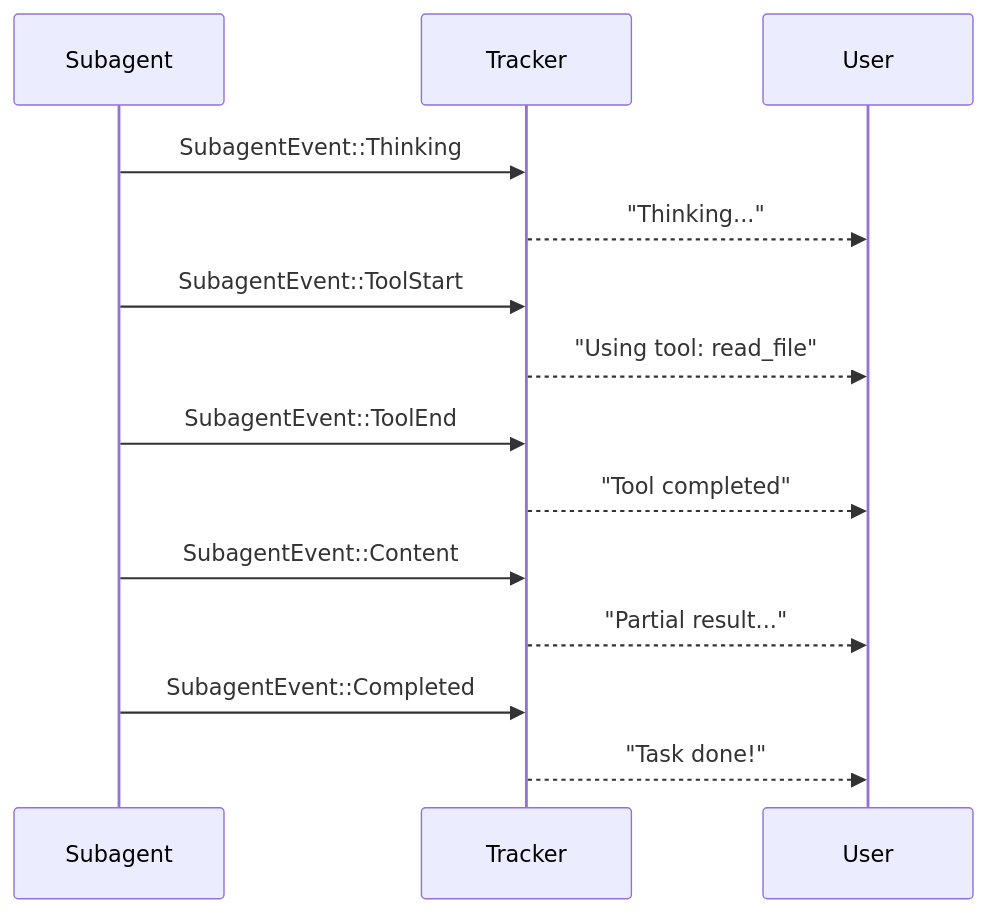
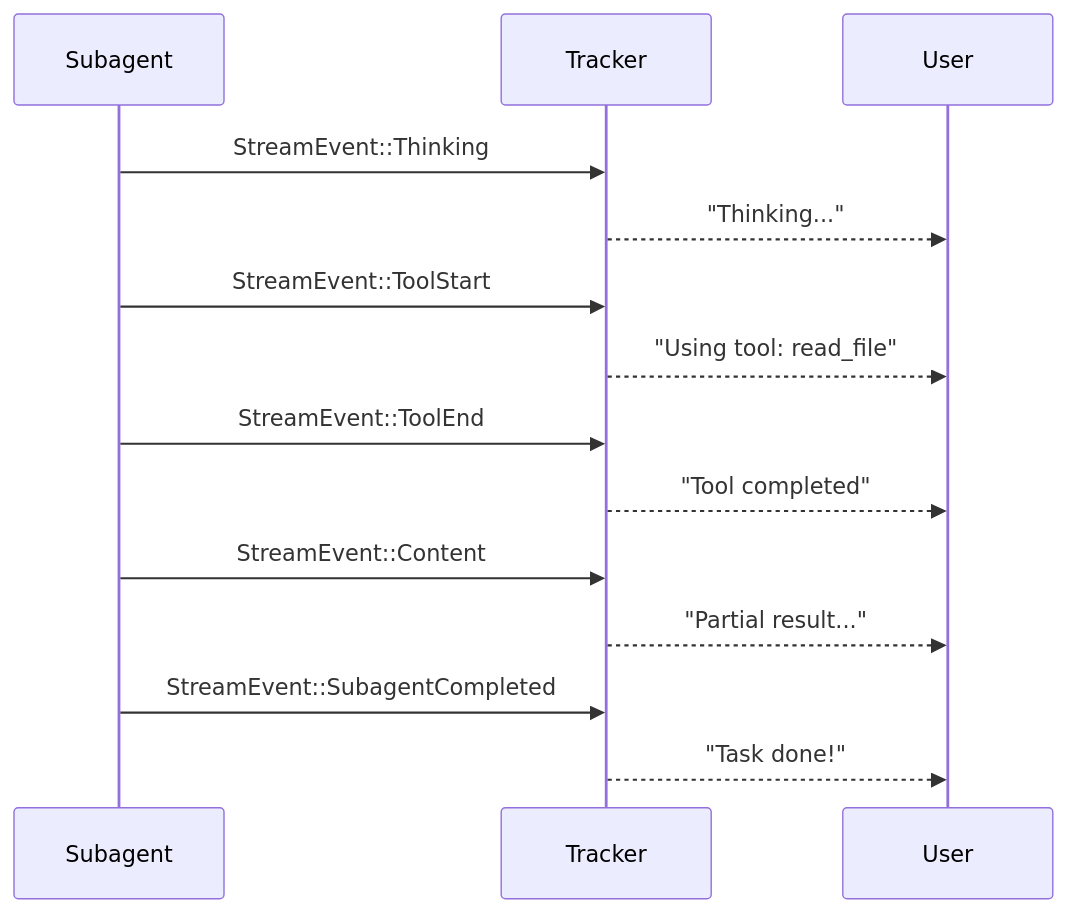
One commit to yeheng/nanobot-rs changed the sixth of 8 diagrams in docs/subagents-en.md. Above: the diagram before and after it, drawn with Mermaid. The commit also changed other lines of this file and 35 other files, not shown here.

````diff
--- a/docs/subagents-en.md
+++ b/docs/subagents-en.md
@@ -257,21 +260,21 @@
 ```mermaid
 sequenceDiagram
     participant Sub as Subagent
     participant Tracker
     participant User
     
-    Sub->>Tracker: SubagentEvent::Thinking
+    Sub->>Tracker: StreamEvent::Thinking
     Tracker-->>User: "Thinking..."
     
-    Sub->>Tracker: SubagentEvent::ToolStart
+    Sub->>Tracker: StreamEvent::ToolStart
     Tracker-->>User: "Using tool: read_file"
     
-    Sub->>Tracker: SubagentEvent::ToolEnd
+    Sub->>Tracker: StreamEvent::ToolEnd
     Tracker-->>User: "Tool completed"
     
-    Sub->>Tracker: SubagentEvent::Content
+    Sub->>Tracker: StreamEvent::Content
     Tracker-->>User: "Partial result..."
     
-    Sub->>Tracker: SubagentEvent::Completed
+    Sub->>Tracker: StreamEvent::SubagentCompleted
     Tracker-->>User: "Task done!"
 ```
````
